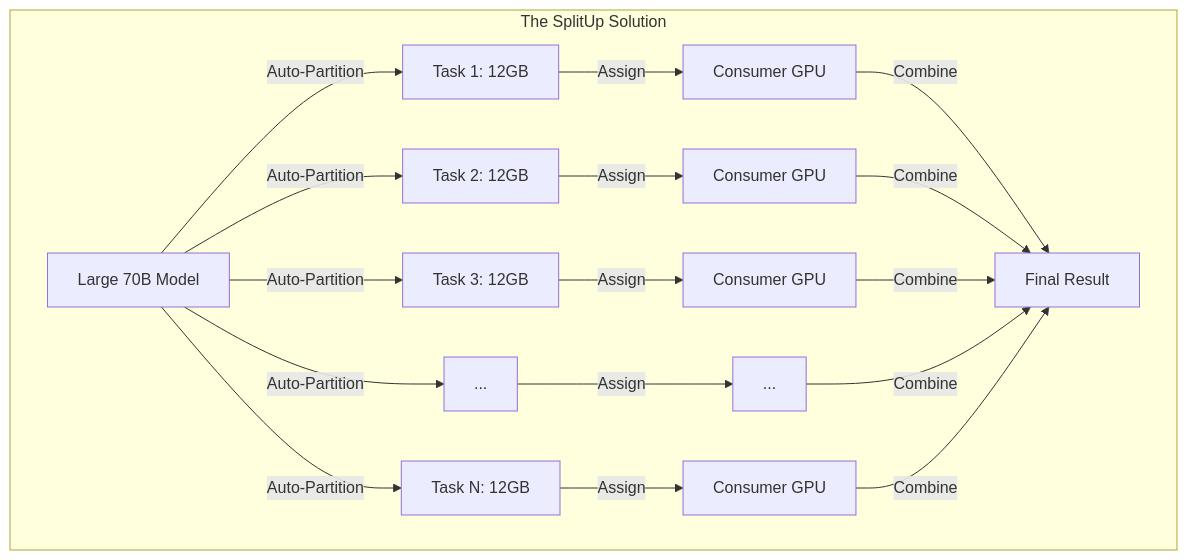
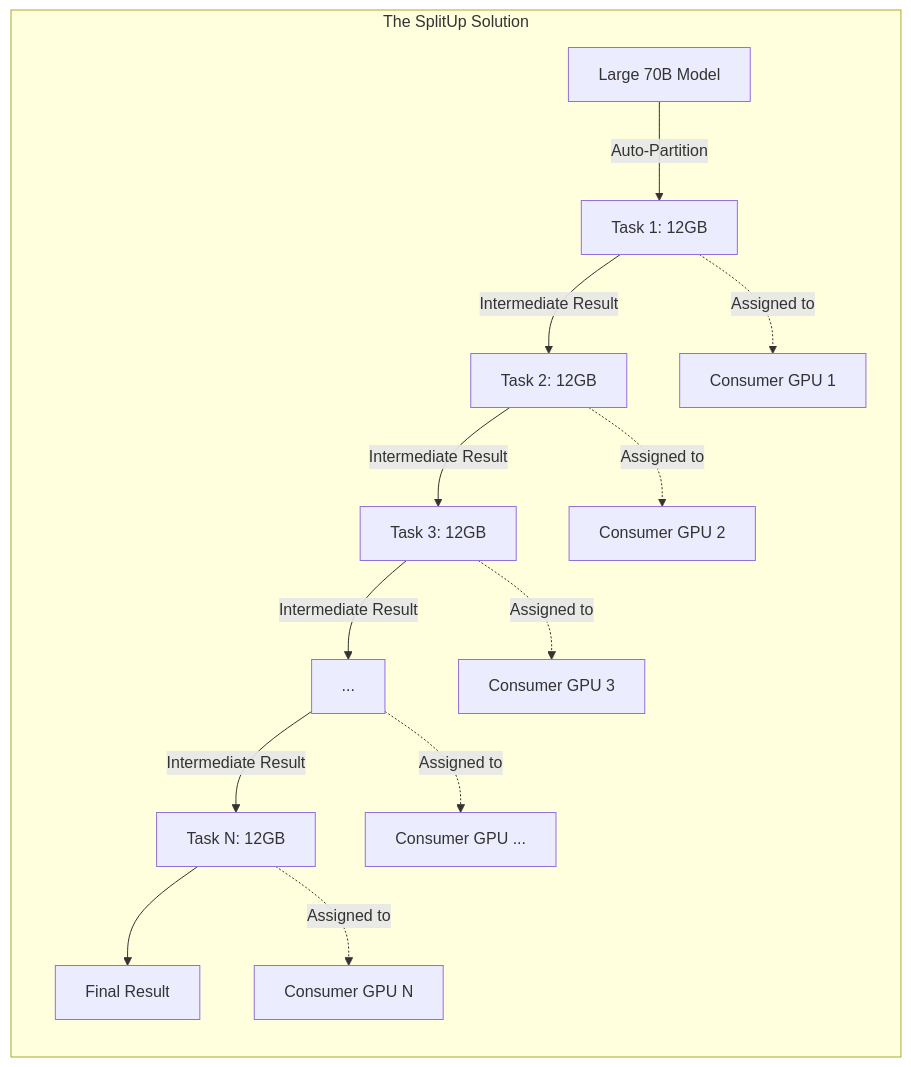
One commit to ToxicPine/planning-win changed the first of 2 diagrams in README.md. Above: the diagram before and after it, drawn with Mermaid. The commit also changed other lines of this file and 2 other files, not shown here.

````diff
--- a/README.md
+++ b/README.md
@@ -25,12 +25,17 @@
 ```mermaid
-flowchart TD
+flowchart LR
     subgraph "The SplitUp Solution"
-        LM[Large 70B Model] --> |Auto-Partition| P1[Task 1: 12GB] & P2[Task 2: 12GB] & P3[Task 3: 12GB] & P4["..."] & P5[Task N: 12GB]
-        P1 --> |Assign| N1[Consumer GPU]
-        P2 --> |Assign| N2[Consumer GPU]
-        P3 --> |Assign| N3[Consumer GPU]
-        P4 --> |Assign| N4["..."]
-        P5 --> |Assign| N5[Consumer GPU]
-        N1 & N2 & N3 & N4 & N5 --> |Combine| FR[Final Result]
+        LM[Large 70B Model] --> |Auto-Partition| P1[Task 1: 12GB]
+        P1 --> |Intermediate Result| P2[Task 2: 12GB]
+        P2 --> |Intermediate Result| P3[Task 3: 12GB]
+        P3 --> |Intermediate Result| P4["..."]
+        P4 --> |Intermediate Result| P5[Task N: 12GB]
+        P5 --> FR[Final Result]
+
+        P1 -.-> |Assigned to| N1[Consumer GPU 1]
+        P2 -.-> |Assigned to| N2[Consumer GPU 2]
+        P3 -.-> |Assigned to| N3[Consumer GPU 3]
+        P4 -.-> |Assigned to| N4[Consumer GPU ...]
+        P5 -.-> |Assigned to| N5[Consumer GPU N]
     end
 ```
````
